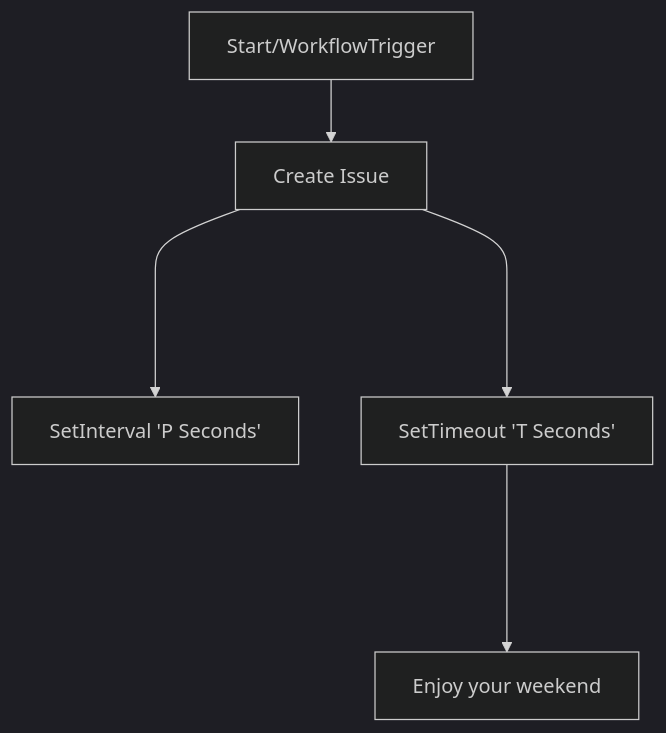
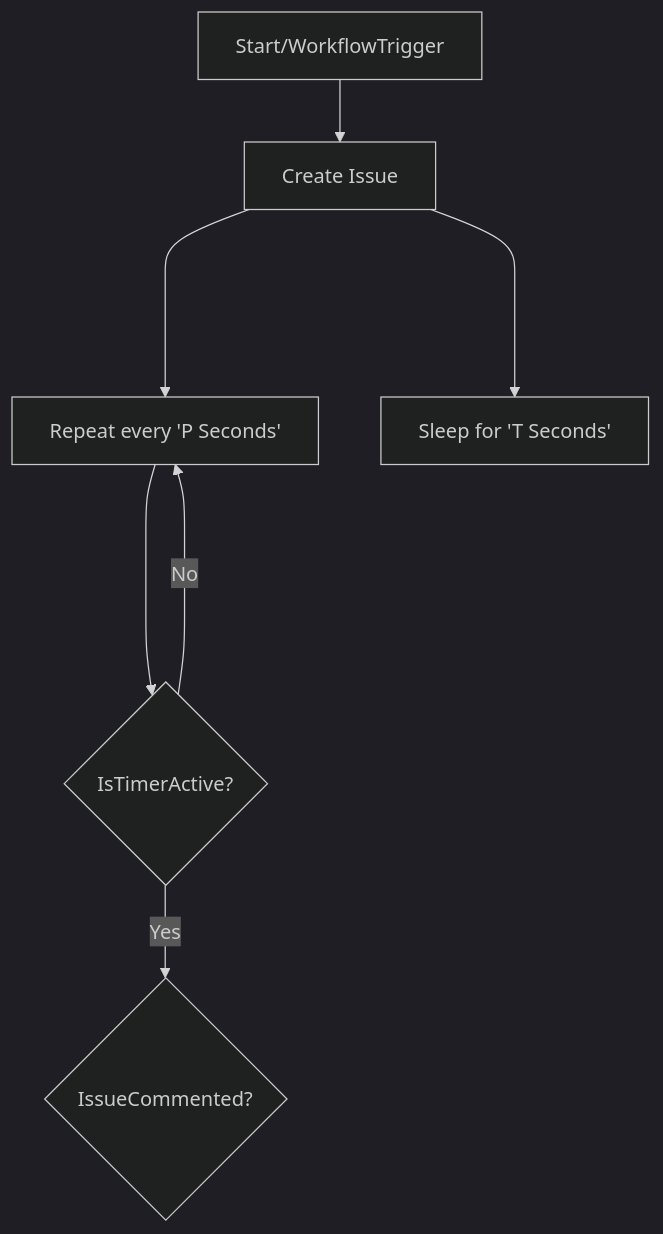
One commit to yog-labs/custom-starter-template changed the diagram in README.md. Above: the diagram before and after it, drawn with Mermaid (dark theme).

````diff
--- a/README.md
+++ b/README.md
@@ -45,7 +45,9 @@
 ```mermaid
 flowchart TD
     A[Start/WorkflowTrigger] --> B[Create Issue];
-    B ----> C[SetInterval 'P Seconds'];
-    B ----> D[SetTimeout 'T Seconds'];
-    D ----> E[Enjoy your weekend];
+    B ----> C[Repeat every 'P Seconds'];
+    B ----> D[Sleep for 'T Seconds'];
+    C ----> E{IsTimerActive?};
+    E -- Yes --> F{IssueCommented?}
+    E -- No --> C
 ```
````
